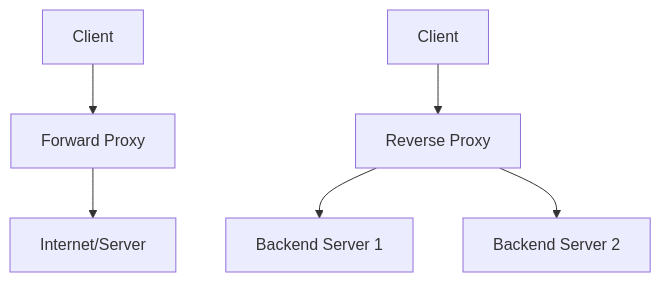
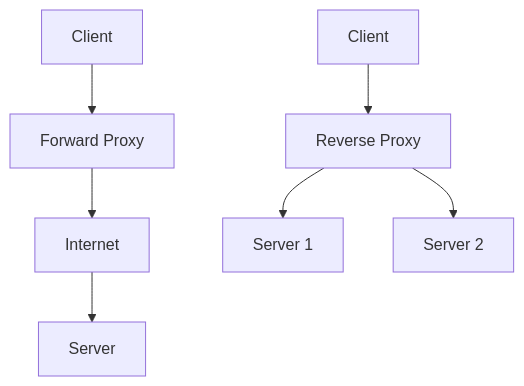
One commit to VrushankPatel/interview-matters changed the diagram in proxy-forward-and-reverse/README.md. Above: the diagram before and after it, drawn with Mermaid. The commit also changed other lines of this file and 5 other files, not shown here.

Commit message:
kb: update topics DevOps & Infrastructure as Code, Proxy forward and reverse, Concurrency & Parallelism, Database Indexing Best Practices, API Gateway Design

````diff
--- a/proxy-forward-and-reverse/README.md
+++ b/proxy-forward-and-reverse/README.md
@@ -29,8 +99,10 @@
 ```mermaid
 graph TD;
     A[Client] --> B[Forward Proxy];
-    B --> C[Internet/Server];
-    D[Client] --> E[Reverse Proxy];
-    E --> F[Backend Server 1];
-    E --> G[Backend Server 2];
+    B --> C[Internet];
+    C --> D[Server];
+
+    E[Client] --> F[Reverse Proxy];
+    F --> G[Server 1];
+    F --> H[Server 2];
 ```
````
